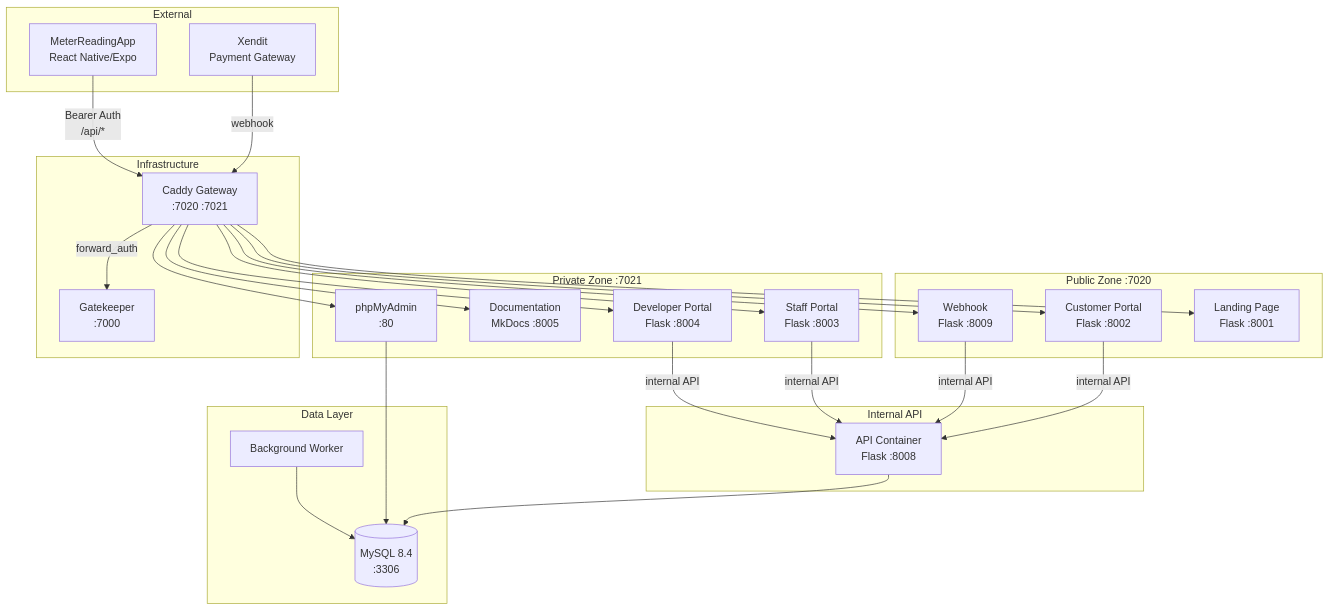
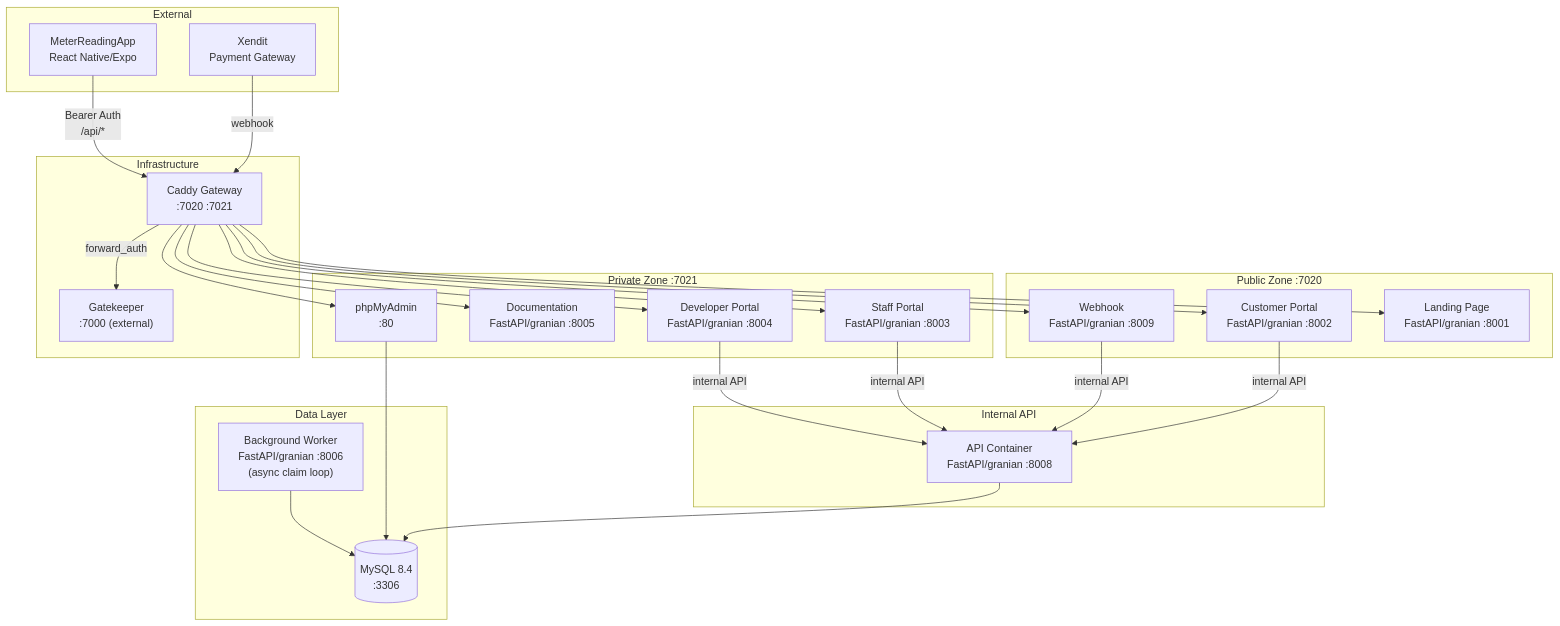
Before and after one commit to NovaProtocol/WaterBillingSystem: the first of 5 diagrams in documentation/docs/architecture.md, drawn with Mermaid. The commit also changed other lines of this file and 11 other files, not shown here.

Commit message:
docs: rewrite documentation to match the FastAPI/async worker codebase

````diff
--- a/documentation/docs/architecture.md
+++ b/documentation/docs/architecture.md
@@ -5,56 +11,56 @@
 ```mermaid
 graph TB
     subgraph "Public Zone :7020"
-        LAND["Landing Page<br/>Flask :8001"]
-        CP["Customer Portal<br/>Flask :8002"]
-        WH["Webhook<br/>Flask :8009"]
+        LAND["Landing Page<br/>FastAPI/granian :8001"]
+        CP["Customer Portal<br/>FastAPI/granian :8002"]
+        WH["Webhook<br/>FastAPI/granian :8009"]
     end
 
     subgraph "Private Zone :7021"
-        SP["Staff Portal<br/>Flask :8003"]
-        DP["Developer Portal<br/>Flask :8004"]
-        DOC["Documentation<br/>MkDocs :8005"]
+        SP["Staff Portal<br/>FastAPI/granian :8003"]
+        DP["Developer Portal<br/>FastAPI/granian :8004"]
+        DOC["Documentation<br/>FastAPI/granian :8005"]
         PMA["phpMyAdmin<br/>:80"]
     end
 
     subgraph "Internal API"
-        API["API Container<br/>Flask :8008"]
+        API["API Container<br/>FastAPI/granian :8008"]
     end
 
     subgraph "Data Layer"
         DB[("MySQL 8.4<br/>:3306")]
-        WORKER["Background Worker"]
+        WORKER["Background Worker<br/>FastAPI/granian :8006<br/>(async claim loop)"]
     end
 
     subgraph "Infrastructure"
         CAD["Caddy Gateway<br/>:7020 :7021"]
-        GK["Gatekeeper<br/>:7000"]
+        GK["Gatekeeper<br/>:7000 (external)"]
     end
 
     subgraph "External"
         MOB["MeterReadingApp<br/>React Native/Expo"]
         XENDIT["Xendit<br/>Payment Gateway"]
     end
 
     CAD --> LAND
     CAD --> CP
     CAD --> WH
     CAD --> SP
     CAD --> DP
     CAD --> DOC
     CAD --> PMA
 
     CP -->|"internal API"| API
     SP -->|"internal API"| API
     DP -->|"internal API"| API
     WH -->|"internal API"| API
 
     API --> DB
     WORKER --> DB
     PMA --> DB
 
     CAD -->|"forward_auth"| GK
 
     MOB -->|"Bearer Auth<br/>/api/*"| CAD
     XENDIT -->|"webhook"| CAD
 ```
````
